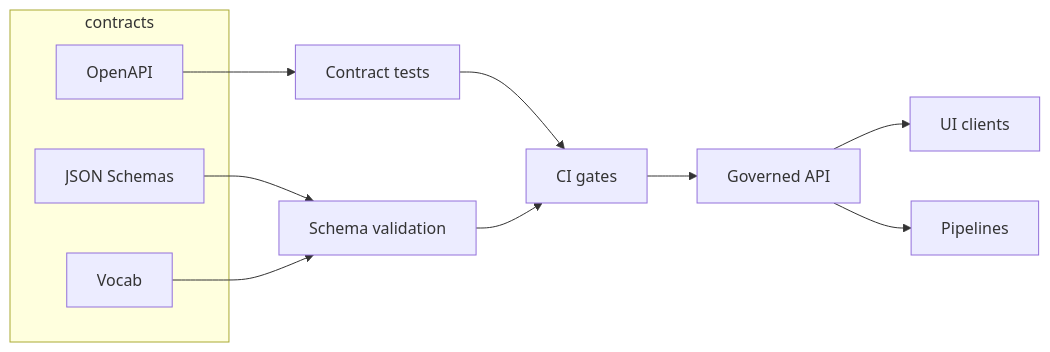
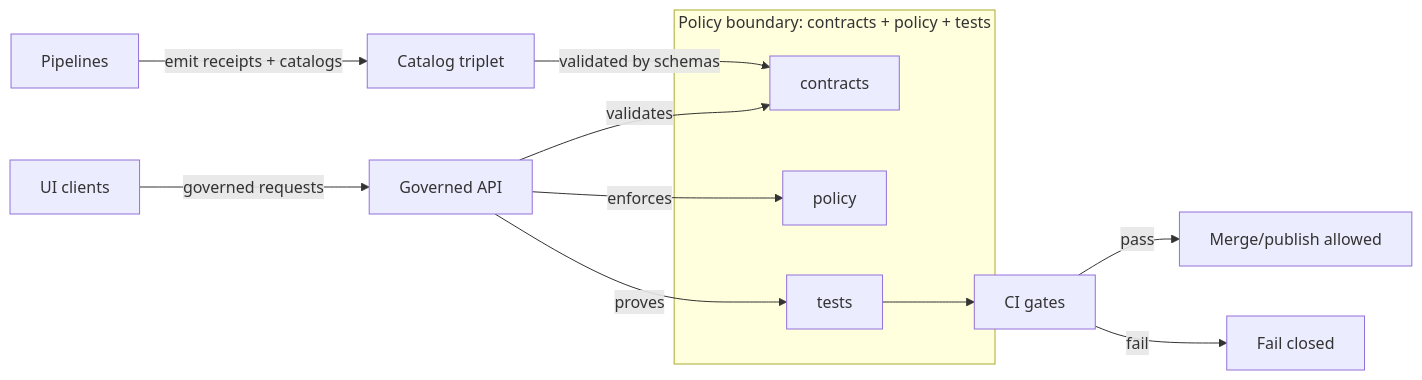
Before and after one commit to bartytime4life/Kansas-Frontier-Matrix: the diagram in contracts/README.md, drawn with Mermaid. The commit also changed other lines of this file, not shown here.

````diff
--- a/contracts/README.md
+++ b/contracts/README.md
@@ -73,19 +79,19 @@
 ```mermaid
 flowchart LR
-  subgraph C[contracts]
-    OA[OpenAPI]
-    JS[JSON Schemas]
-    V[Vocab]
+  subgraph Membrane["Policy boundary: contracts + policy + tests"]
+    C[contracts]
+    P[policy]
+    T[tests]
   end
 
-  OA --> CT[Contract tests]
-  JS --> SV[Schema validation]
-  V --> SV
+  UI[UI clients] -->|governed requests| API[Governed API]
+  API -->|validates| C
+  API -->|enforces| P
+  API -->|proves| T
 
-  CT --> CI[CI gates]
-  SV --> CI
-
-  CI --> API[Governed API]
-  API --> UI[UI clients]
-  API --> Pipelines[Pipelines]
+  Pipelines[Pipelines] -->|emit receipts + catalogs| Catalog[Catalog triplet]
+  Catalog -->|validated by schemas| C
+  T --> CI[CI gates]
+  CI -->|pass| Merge[Merge/publish allowed]
+  CI -->|fail| Block[Fail closed]
 ```
````
